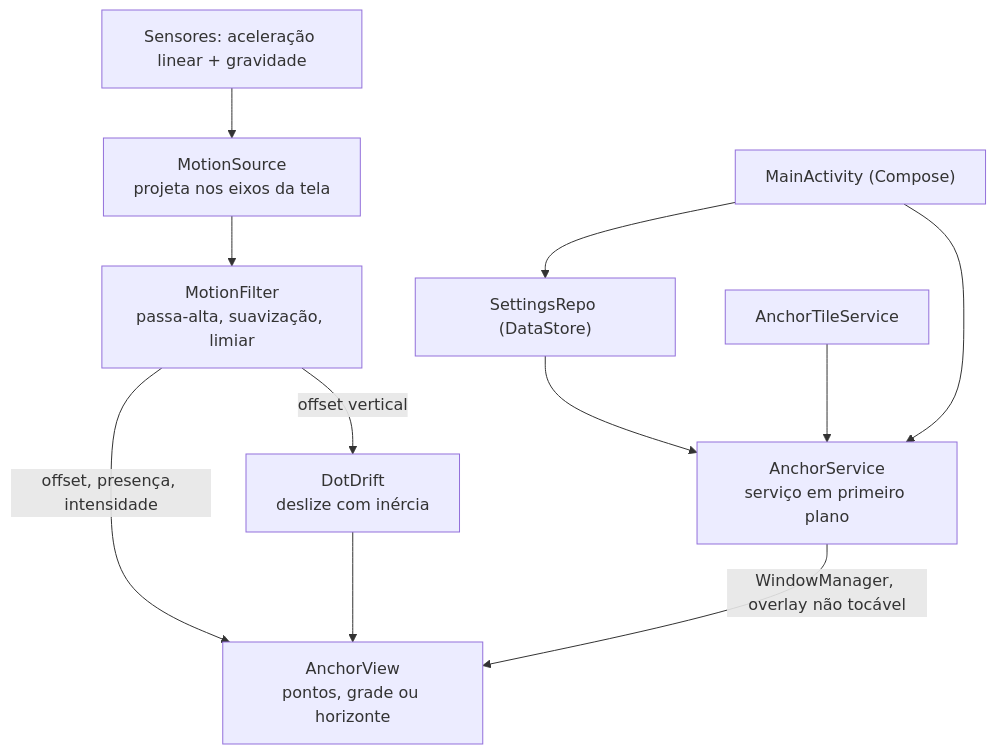
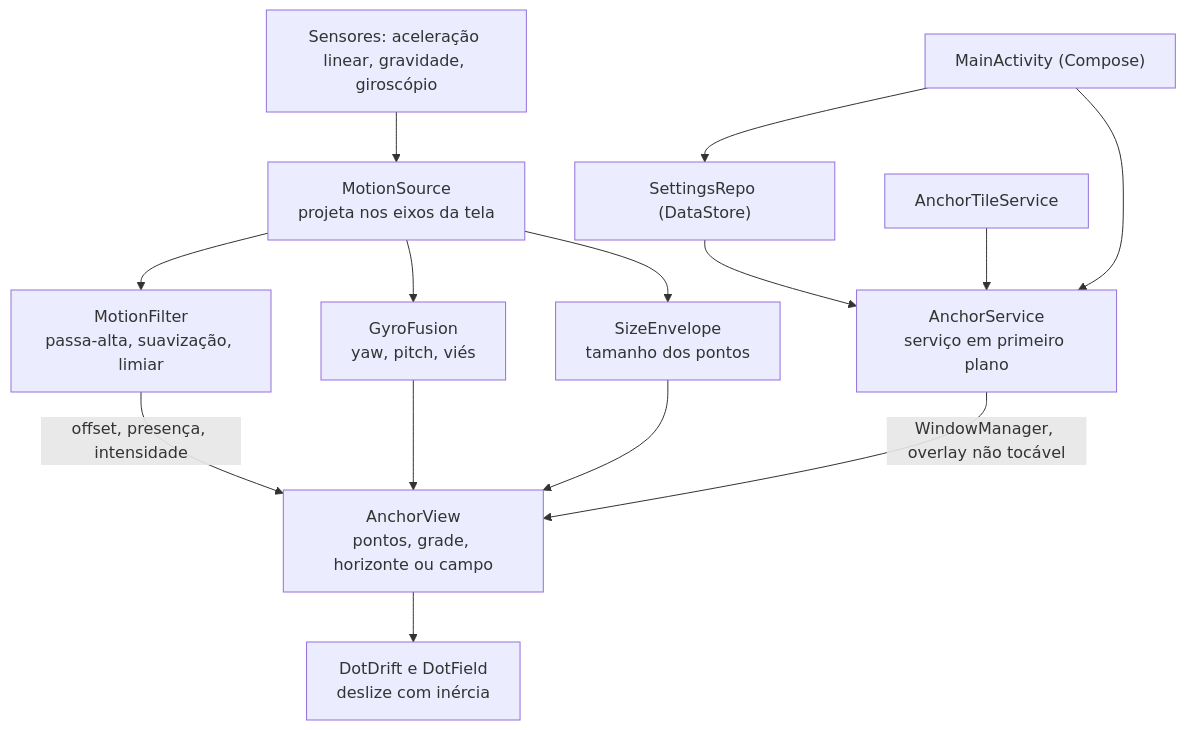
Before and after one commit to josemurilors/FocoFixo: the diagram in README.md, drawn with Mermaid. The commit also changed other lines of this file and 12 other files, not shown here.

First line of the commit message:
feat: gyroscope, full-screen dot field, size boost, touch pass-through fix

````diff
--- a/README.md
+++ b/README.md
@@ -70,13 +71,16 @@
 ```mermaid
 flowchart TD
-    S["Sensores: aceleração linear + gravidade"] --> M["MotionSource<br/>projeta nos eixos da tela"]
+    S["Sensores: aceleração linear, gravidade, giroscópio"] --> M["MotionSource<br/>projeta nos eixos da tela"]
     M --> F["MotionFilter<br/>passa-alta, suavização, limiar"]
-    F -->|"offset, presença, intensidade"| V["AnchorView<br/>pontos, grade ou horizonte"]
-    F -->|"offset vertical"| D["DotDrift<br/>deslize com inércia"]
-    D --> V
+    M --> G["GyroFusion<br/>yaw, pitch, viés"]
+    M --> Z["SizeEnvelope<br/>tamanho dos pontos"]
+    F -->|"offset, presença, intensidade"| V["AnchorView<br/>pontos, grade, horizonte ou campo"]
+    G --> V
+    Z --> V
+    V --> D["DotDrift e DotField<br/>deslize com inércia"]
     C["SettingsRepo (DataStore)"] --> A["AnchorService<br/>serviço em primeiro plano"]
     A -->|"WindowManager, overlay não tocável"| V
     T["AnchorTileService"] --> A
     U["MainActivity (Compose)"] --> C
     U --> A
 ```
````
